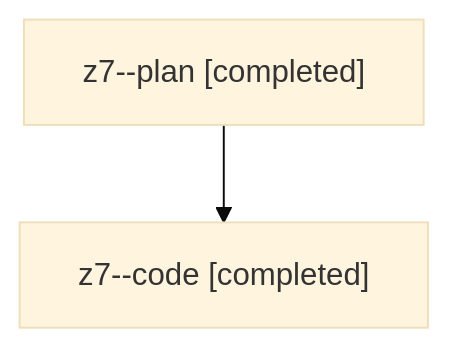
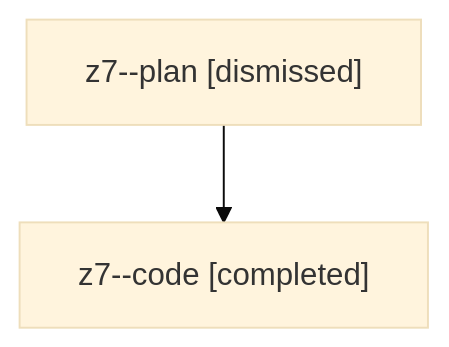
One commit to sase-org/sase--agents changed the diagram in families/bbugyi200.athena.z7.md. Above: the diagram before and after it, drawn with Mermaid (base theme). The commit also changed other lines of this file and 1178 other files, not shown here.

````diff
--- a/families/bbugyi200.athena.z7.md
+++ b/families/bbugyi200.athena.z7.md
@@ -9,6 +9,6 @@
 ```mermaid
 flowchart TD
-  n0["z7--plan [completed]"]
+  n0["z7--plan [dismissed]"]
   n1["z7--code [completed]"]
   n0 --> n1
 ```
````
